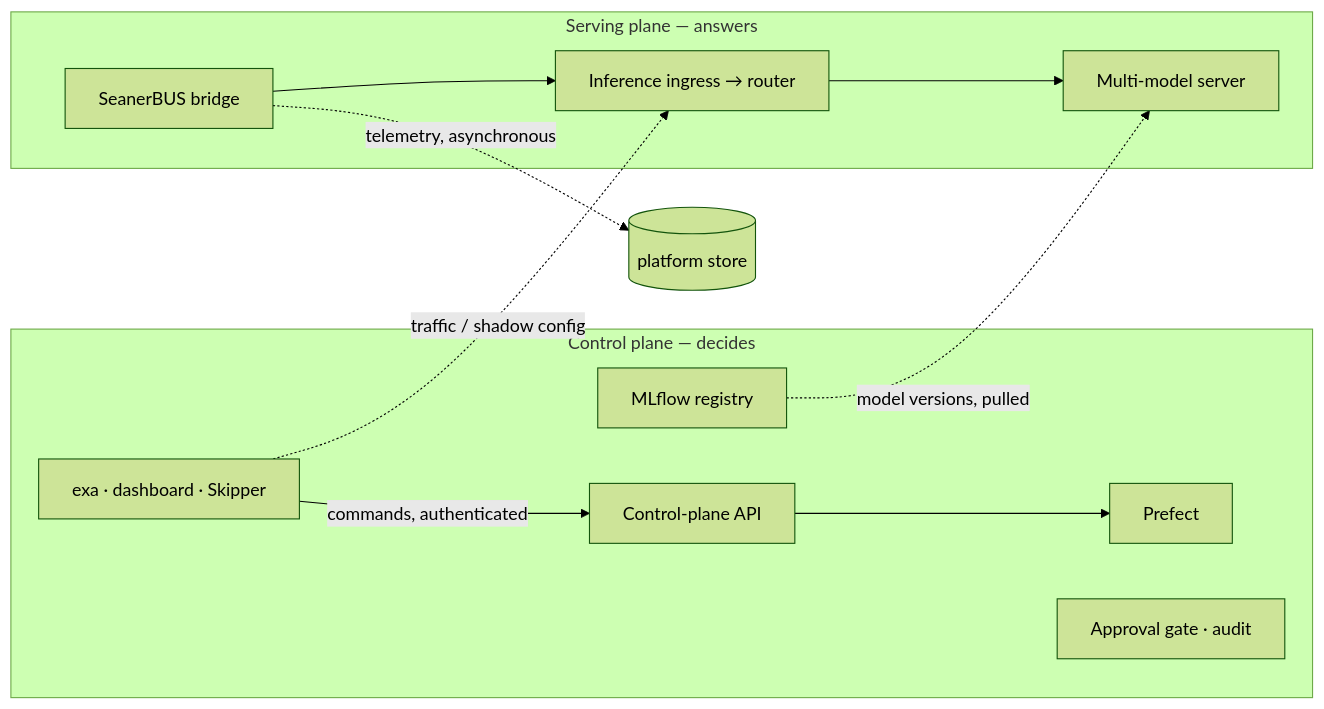
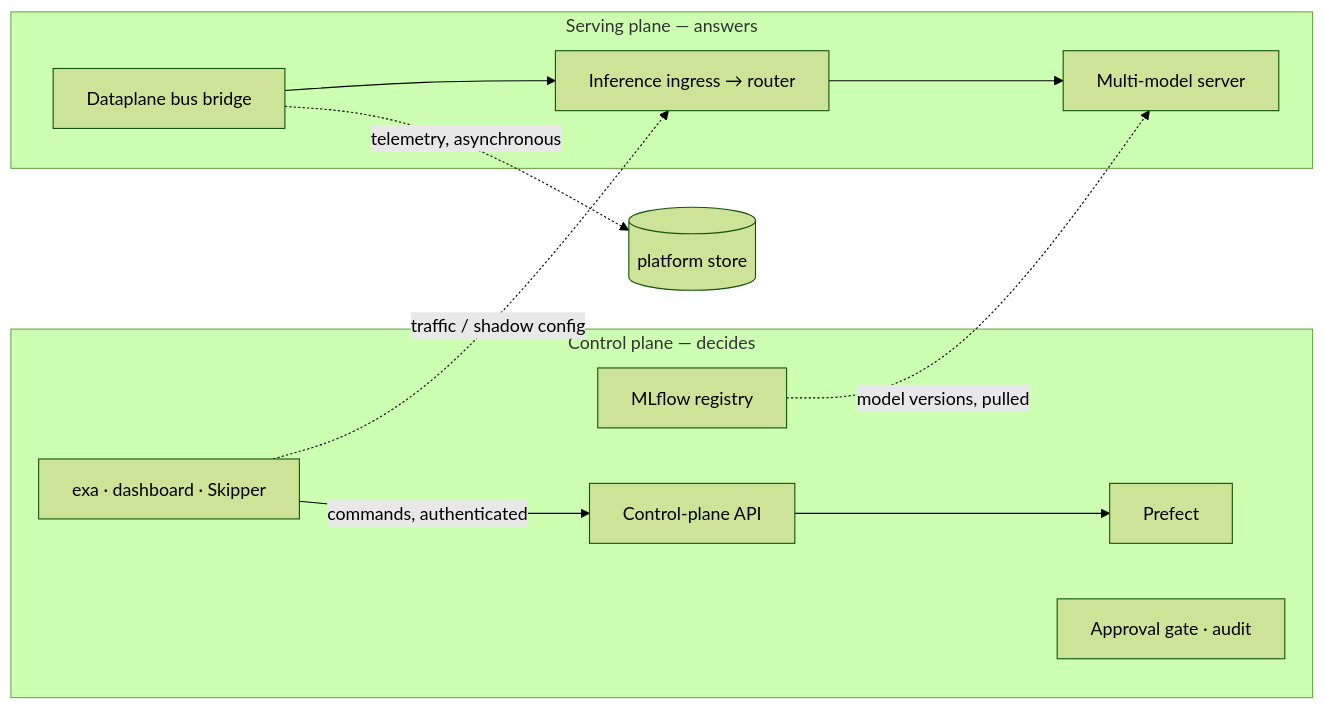
Before and after one commit to MSKazemi/ExaMLOps: the diagram in docs/architecture/control-and-serving-planes.md, drawn with Mermaid (forest theme). The commit also changed other lines of this file and 182 other files, not shown here.

````diff
--- a/docs/architecture/control-and-serving-planes.md
+++ b/docs/architecture/control-and-serving-planes.md
@@ -19,21 +19,21 @@
 ```mermaid
 flowchart LR
     subgraph CP[Control plane — decides]
         API[Control-plane API]
         REG[MLflow registry]
         ORCH[Prefect]
         GATE[Approval gate · audit]
         OPS[exa · dashboard · Skipper]
     end
     subgraph SP[Serving plane — answers]
-        BR[SeanerBUS bridge]
+        BR[Dataplane bus bridge]
         ING[Inference ingress → router]
         MS[Multi-model server]
     end
     OPS -->|commands, authenticated| API
     API --> ORCH
     REG -. model versions, pulled .-> MS
     OPS -. traffic / shadow config .-> ING
     BR --> ING --> MS
     BR -. telemetry, asynchronous .-> STORE[(platform store)]
 ```
````
